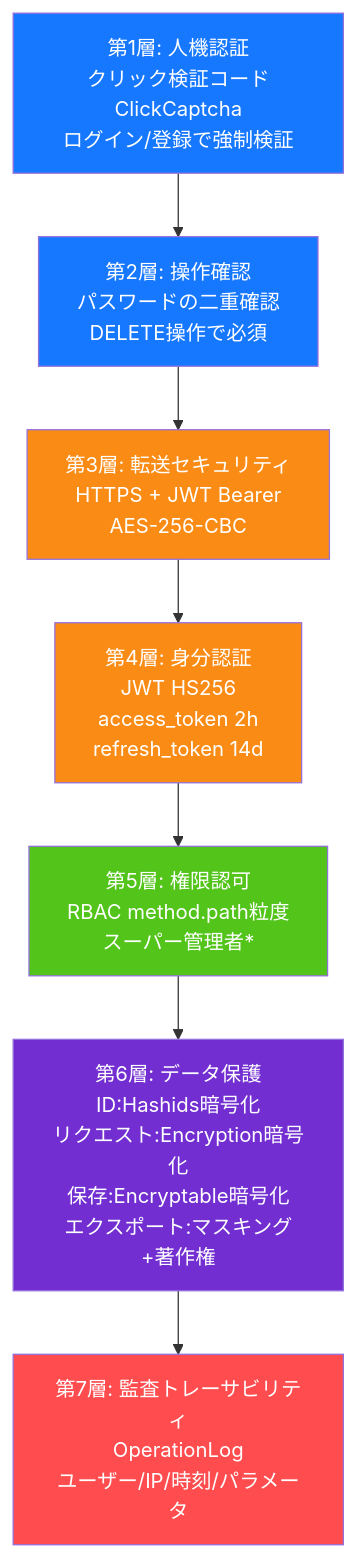
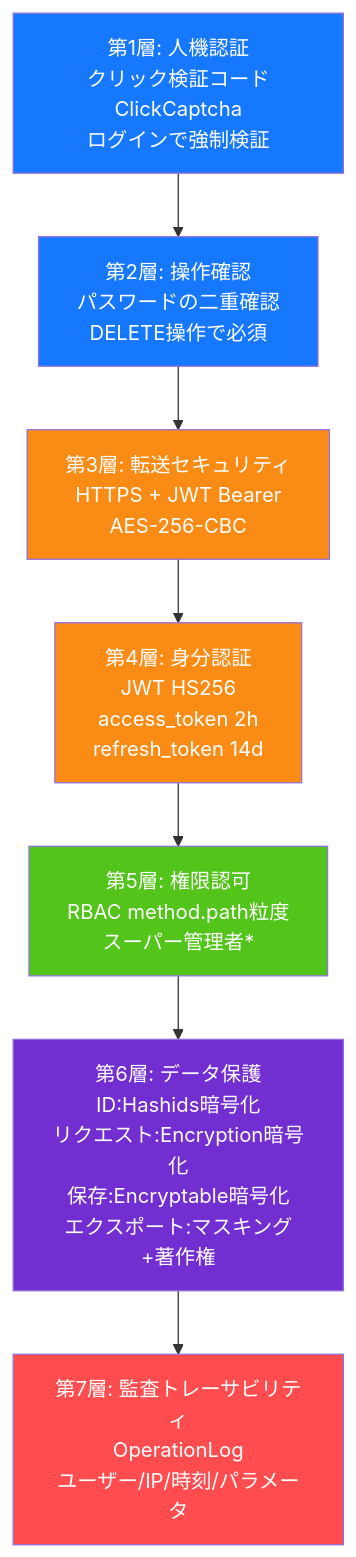
One commit to erikwang2013/open-admin changed the diagram in docs/diagrams/11-security-defense.ja.md. Above: the diagram before and after it, drawn with Mermaid. The commit also changed 115 other files, not shown here.

First line of the commit message:
功能：新增项目宠物「小安」、站点首页与手写 SVG 设计图集；全部文档对齐代码

````diff
--- a/docs/diagrams/11-security-defense.ja.md
+++ b/docs/diagrams/11-security-defense.ja.md
@@ -7,20 +7,20 @@
 ```mermaid
 flowchart TB
-    l1["第1層: 人機認証<br/>クリック検証コードClickCaptcha<br/>ログイン/登録で強制検証"]
+    l1["第1層: 人機認証<br/>クリック検証コードClickCaptcha<br/>ログインで強制検証"]
     l2["第2層: 操作確認<br/>パスワードの二重確認<br/>DELETE操作で必須"]
     l3["第3層: 転送セキュリティ<br/>HTTPS + JWT Bearer<br/>AES-256-CBC"]
     l4["第4層: 身分認証<br/>JWT HS256<br/>access_token 2h<br/>refresh_token 14d"]
     l5["第5層: 権限認可<br/>RBAC method.path粒度<br/>スーパー管理者*"]
     l6["第6層: データ保護<br/>ID:Hashids暗号化<br/>リクエスト:Encryption暗号化<br/>保存:Encryptable暗号化<br/>エクスポート:マスキング+著作権"]
     l7["第7層: 監査トレーサビリティ<br/>OperationLog<br/>ユーザー/IP/時刻/パラメータ"]
 
     l1 --> l2 --> l3 --> l4 --> l5 --> l6 --> l7
 
     style l1 fill:#1677FF,color:#fff
     style l2 fill:#1677FF,color:#fff
     style l3 fill:#FA8C16,color:#fff
     style l4 fill:#FA8C16,color:#fff
     style l5 fill:#52C41A,color:#fff
     style l6 fill:#722ED1,color:#fff
     style l7 fill:#FF4D4F,color:#fff
 ```
````
